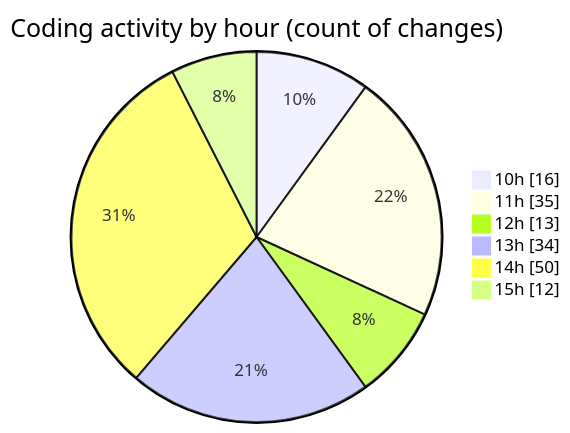
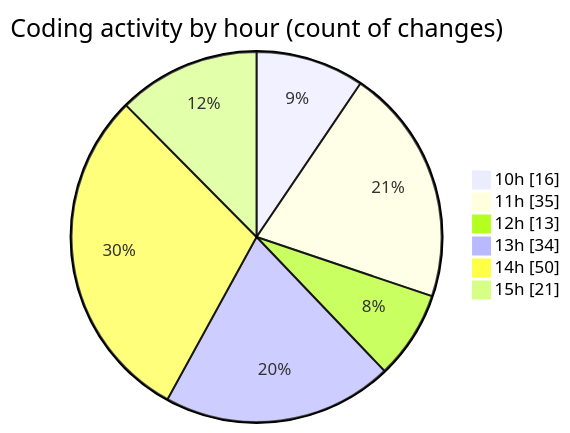
One commit to charlie-sans/code-tracking changed the second of 2 diagrams in 2025-02-20/micros/README.md. Above: the diagram before and after it, drawn with Mermaid. The commit also changed other lines of this file and 1 other file, not shown here.

````diff
--- a/2025-02-20/micros/README.md
+++ b/2025-02-20/micros/README.md
@@ -57,10 +57,10 @@
 ```mermaid
 pie showData
 title Coding activity by hour (count of changes)
 "10h" : 16
 "11h" : 35
 "12h" : 13
 "13h" : 34
 "14h" : 50
-"15h" : 12
+"15h" : 21
 ```
````
